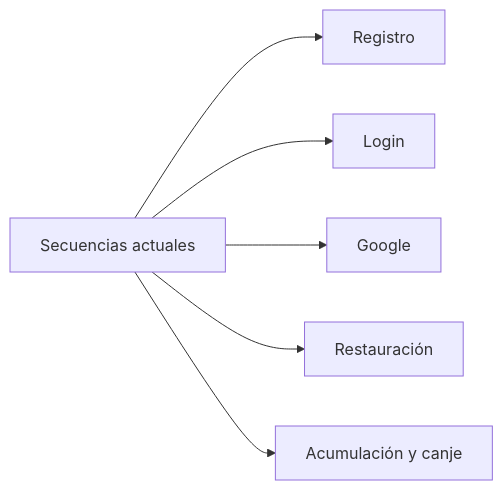
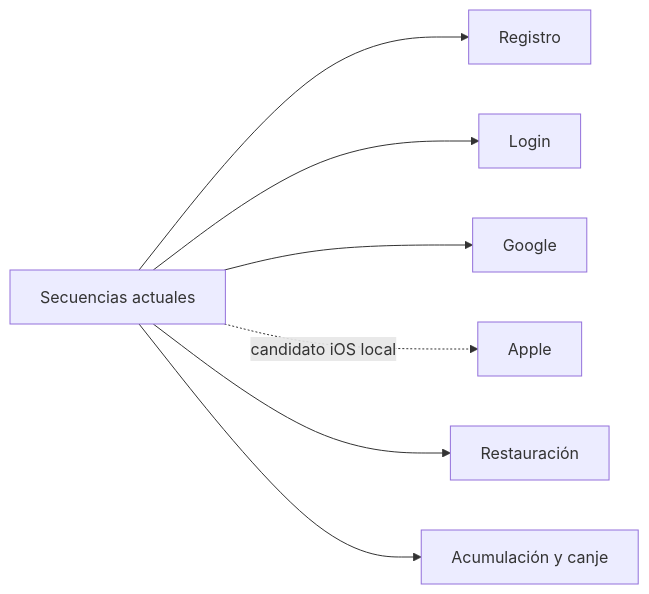
The diagram in docs/sequences/00-index.md (gagonzalez1/puntazo-docs), drawn with Mermaid before and after one commit. The commit also changed other lines of this file and 16 other files, not shown here.

Commit message:
Document iOS variants, Apple contracts and local verification evidence

````diff
--- a/docs/sequences/00-index.md
+++ b/docs/sequences/00-index.md
@@ -16,13 +16,15 @@
 ```mermaid
 flowchart LR
  A[Secuencias actuales] --> R[Registro]
  A --> L[Login]
  A --> G[Google]
+ A -. candidato iOS local .-> AP[Apple]
  A --> S[Restauración]
  A --> M[Acumulación y canje]
  click R href "#/sequence-register" "Abrir registro"
  click L href "#/sequence-login" "Abrir login"
  click G href "#/sequence-google" "Abrir Google"
+ click AP href "#/sequence-apple" "Abrir Apple"
  click S href "#/sequence-restore" "Abrir restauración"
  click M href "#/sequence-scan" "Abrir movimientos"
 ```
````
